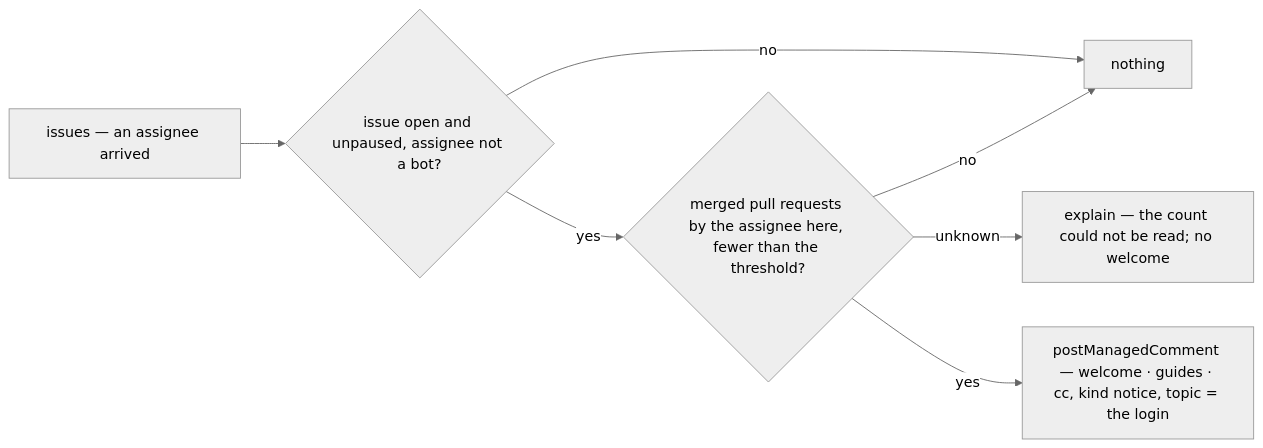
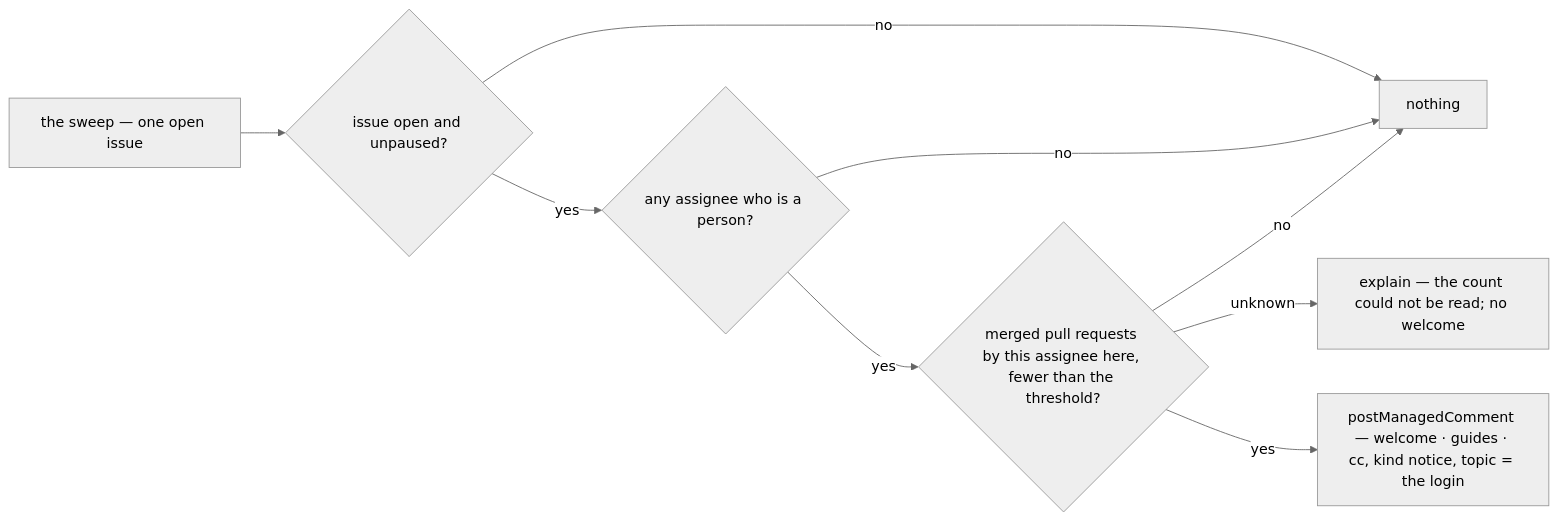
The diagram in design/guides/capabilities/onboarding.md (cheese-cakee/sdk-automations), drawn with Mermaid (neutral theme) before and after one commit. The commit also changed other lines of this file and 268 other files, not shown here.

````diff
--- a/design/guides/capabilities/onboarding.md
+++ b/design/guides/capabilities/onboarding.md
@@ -53,9 +90,11 @@
 ```mermaid
 flowchart LR
-    A["issues — an assignee arrived"] --> B{"issue open and unpaused, assignee not a bot?"}
+    A["the sweep — one open issue"] --> B{"issue open and unpaused?"}
     B -->|no| N["nothing"]
-    B -->|yes| C{"merged pull requests by the assignee here, fewer than the threshold?"}
-    C -->|"unknown"| X["explain — the count could not be read; no welcome"]
+    B -->|yes| C{"any assignee who is a person?"}
     C -->|no| N
-    C -->|yes| W["postManagedComment — welcome · guides · cc, kind notice, topic = the login"]
+    C -->|yes| D{"merged pull requests by this assignee here, fewer than the threshold?"}
+    D -->|"unknown"| X["explain — the count could not be read; no welcome"]
+    D -->|no| N
+    D -->|yes| W["postManagedComment — welcome · guides · cc, kind notice, topic = the login"]
 ```
````
